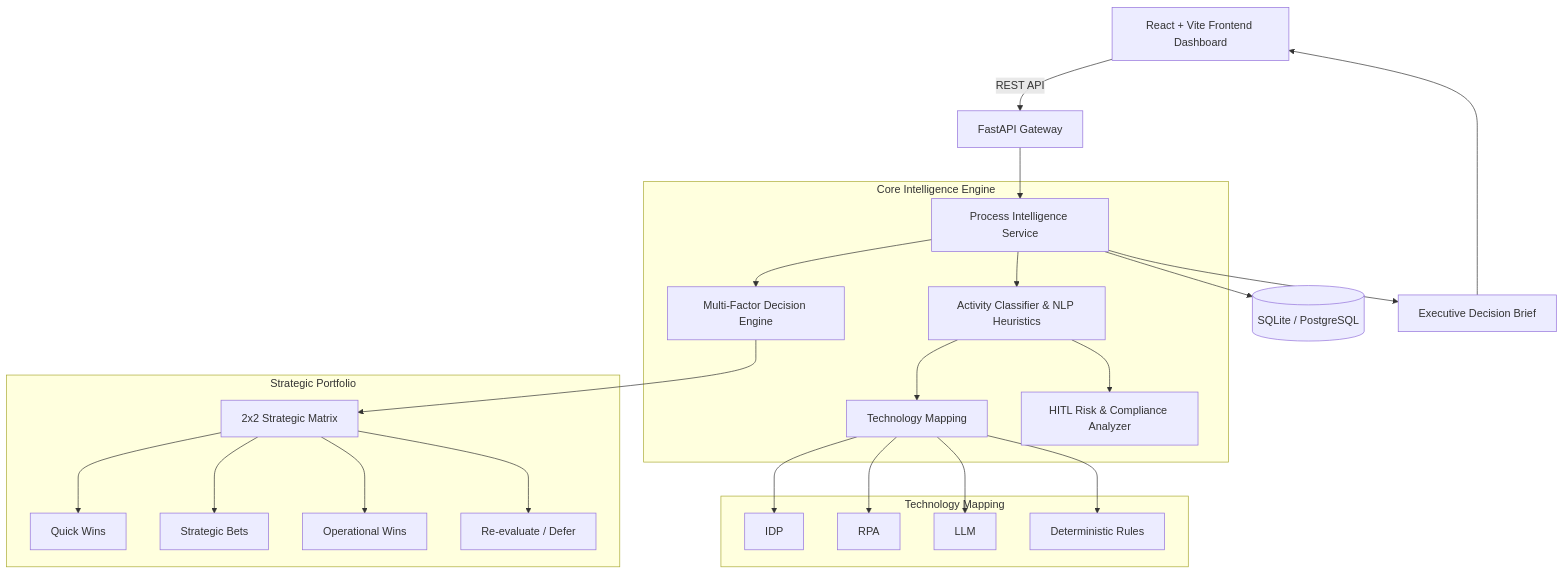
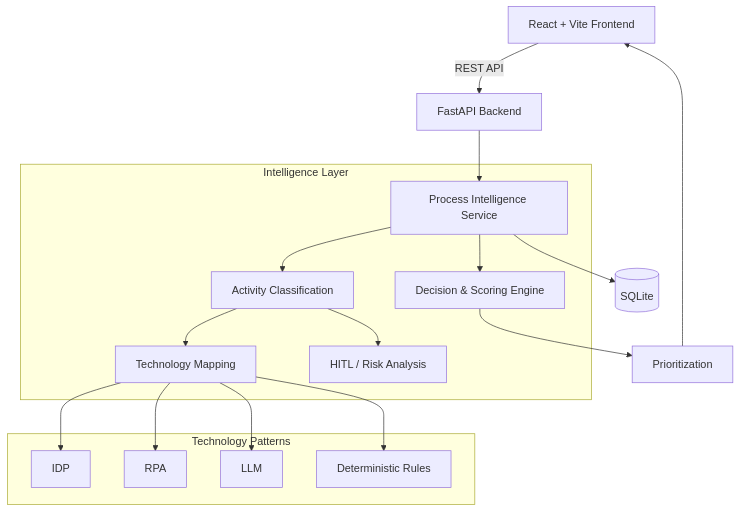
The diagram in README.md (manaswinisama/enterprise-ai-case-intelligence), drawn with Mermaid before and after one commit. The commit also changed other lines of this file, not shown here.

Commit message:
fix: resolve mermaid syntax line break error in README

````diff
--- a/README.md
+++ b/README.md
@@ -271,35 +279,27 @@
 ```mermaid
 graph TD
 
-    UI[React + Vite Frontend Dashboard]
-        -->|REST API| API[FastAPI Gateway]
+    UI[React + Vite Frontend]
+        -->|REST API| API[FastAPI Backend]
 
     API --> SVC[Process Intelligence Service]
 
-    subgraph Core Intelligence Engine
-        SVC --> CLS[Activity Classifier & NLP Heuristics]
+    subgraph Intelligence Layer
+        SVC --> CLS[Activity Classification]
         CLS --> TECH[Technology Mapping]
-        CLS --> HITL[HITL Risk & Compliance Analyzer]
-        SVC --> SCORE[Multi-Factor Decision Engine]
+        CLS --> HITL[HITL / Risk Analysis]
+        SVC --> SCORE[Decision & Scoring Engine]
     end
 
-    subgraph Technology Mapping
+    subgraph Technology Patterns
         TECH --> IDP[IDP]
         TECH --> RPA[RPA]
         TECH --> LLM[LLM]
         TECH --> RULES[Deterministic Rules]
     end
 
-    subgraph Strategic Portfolio
-        SCORE --> MTRX[2x2 Strategic Matrix]
-        MTRX --> QW[Quick Wins]
-        MTRX --> SB[Strategic Bets]
-        MTRX --> OW[Operational Wins]
-        MTRX --> DF[Re-evaluate / Defer]
-    end
+    SCORE --> PORT[Prioritization]
+    PORT --> UI
 
-    SVC --> DB[(SQLite / PostgreSQL)]
-    SVC --> REP[Executive Decision Brief]
-
-    REP --> UI
+    SVC --> DB[(SQLite)]
 ```
````
